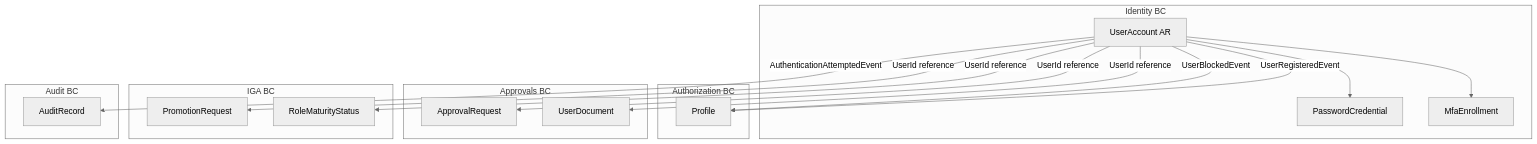
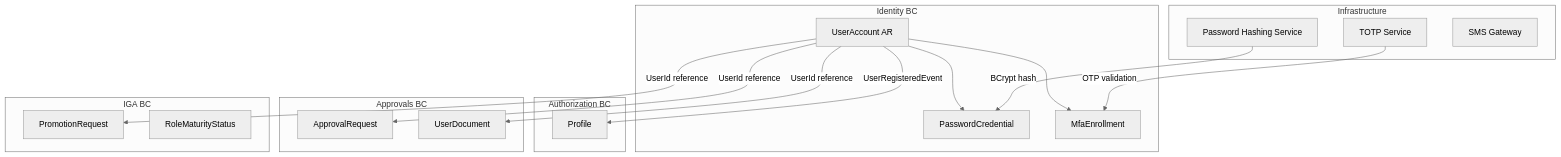
One commit to beyondnetcode/ums changed the fifth of 5 diagrams in docs/domain/identity/user-account.md. Above: the diagram before and after it, drawn with Mermaid (neutral theme). The commit also changed other lines of this file and 19 other files, not shown here.

````diff
--- a/docs/domain/identity/user-account.md
+++ b/docs/domain/identity/user-account.md
@@ -261,36 +248,38 @@
 ```mermaid
 flowchart TD
     subgraph Identity["Identity BC"]
         UA[UserAccount AR]
         PC[PasswordCredential]
         MFA[MfaEnrollment]
         UA --> PC
         UA --> MFA
     end
 
     subgraph Authorization["Authorization BC"]
         PROF[Profile]
     end
 
     subgraph Approvals["Approvals BC"]
         AR[ApprovalRequest]
         UD[UserDocument]
     end
 
     subgraph IGA["IGA BC"]
         PR[PromotionRequest]
         RMS[RoleMaturityStatus]
     end
 
-    subgraph Audit["Audit BC"]
-        AUD[AuditRecord]
+    subgraph Infrastructure["Infrastructure"]
+        HASH[Password Hashing Service]
+        TOTP[TOTP Service]
+        SMS[SMS Gateway]
     end
 
     UA -->|UserRegisteredEvent| PROF
-    UA -->|UserBlockedEvent| PROF
     UA -->|UserId reference| AR
     UA -->|UserId reference| UD
     UA -->|UserId reference| PR
-    UA -->|UserId reference| RMS
-    UA -->|AuthenticationAttemptedEvent| AUD
+    
+    HASH -->|BCrypt hash| PC
+    TOTP -->|OTP validation| MFA
 ```
````
